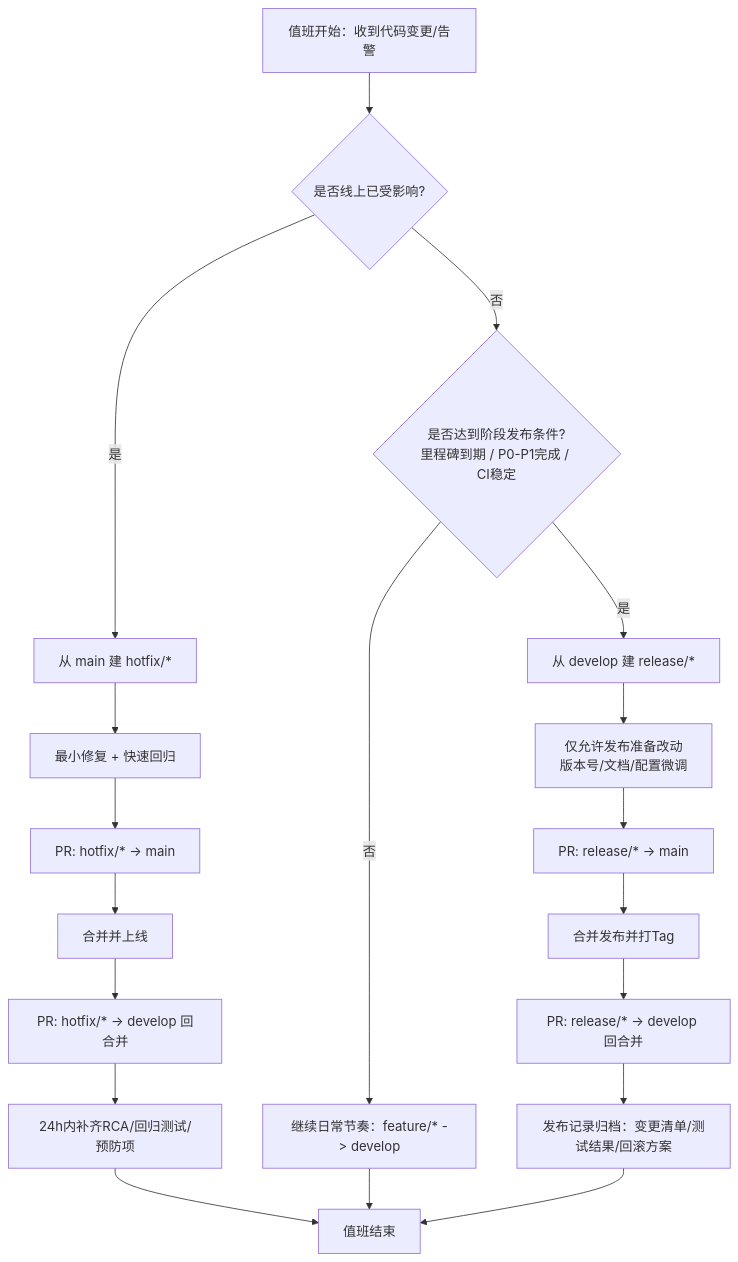
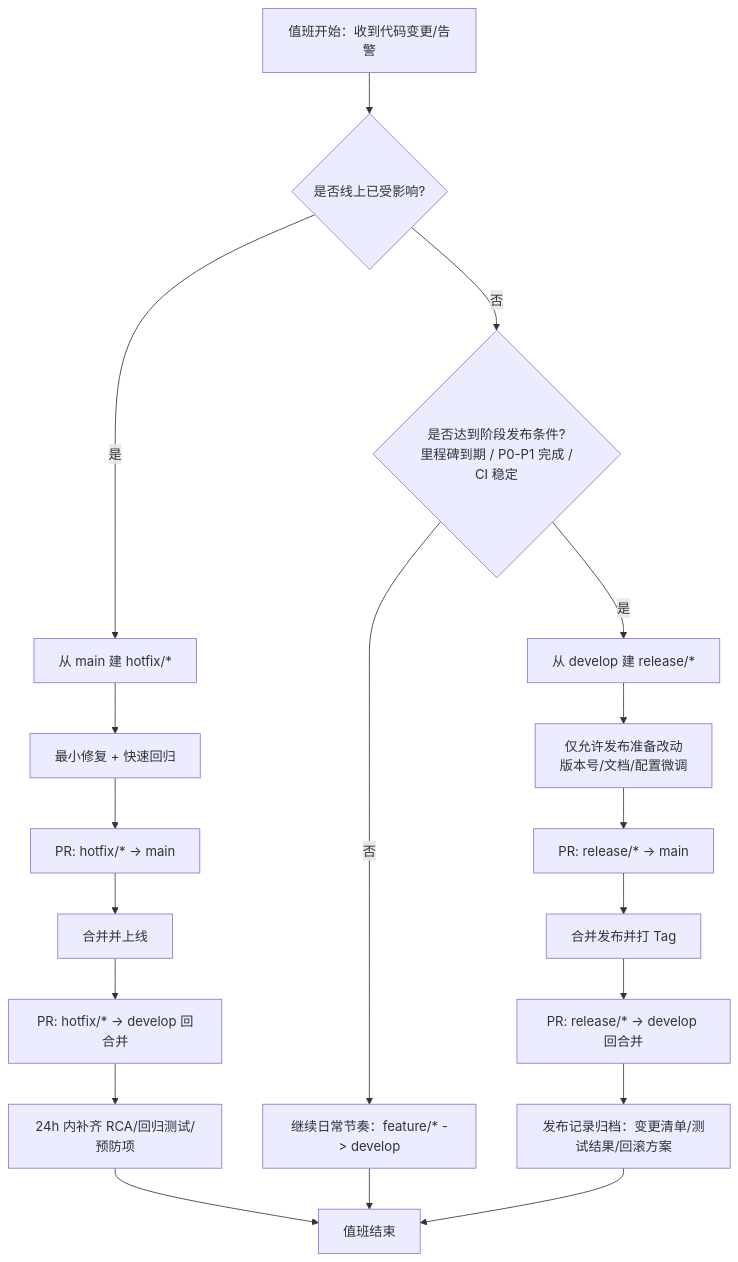
The fifth of 5 diagrams in docs/第10章_软件产品介绍.md (Inkyo-007/OA-EPP), drawn with Mermaid before and after one commit. The commit also changed other lines of this file and 5 other files, not shown here.

````diff
--- a/docs/第10章_软件产品介绍.md
+++ b/docs/第10章_软件产品介绍.md
@@ -3571,24 +3537,24 @@
 ```mermaid
 flowchart TD
   A[值班开始：收到代码变更/告警] --> B{是否线上已受影响?}
 
   B -- 是 --> C[从 main 建 hotfix/*]
   C --> D[最小修复 + 快速回归]
   D --> E[PR: hotfix/* -> main]
   E --> F[合并并上线]
   F --> G[PR: hotfix/* -> develop 回合并]
-  G --> H[24h内补齐RCA/回归测试/预防项]
+  G --> H[24h 内补齐 RCA/回归测试/预防项]
   H --> Z[值班结束]
 
-  B -- 否 --> I{是否达到阶段发布条件?\n里程碑到期 / P0-P1完成 / CI稳定}
+  B -- 否 --> I{是否达到阶段发布条件?\n 里程碑到期 / P0-P1 完成 / CI 稳定}
   I -- 否 --> J[继续日常节奏：feature/* -> develop]
   J --> Z
 
   I -- 是 --> K[从 develop 建 release/*]
-  K --> L[仅允许发布准备改动\n版本号/文档/配置微调]
+  K --> L[仅允许发布准备改动\n 版本号/文档/配置微调]
   L --> M[PR: release/* -> main]
-  M --> N[合并发布并打Tag]
+  M --> N[合并发布并打 Tag]
   N --> O[PR: release/* -> develop 回合并]
   O --> P[发布记录归档：变更清单/测试结果/回滚方案]
   P --> Z
 ```
````
